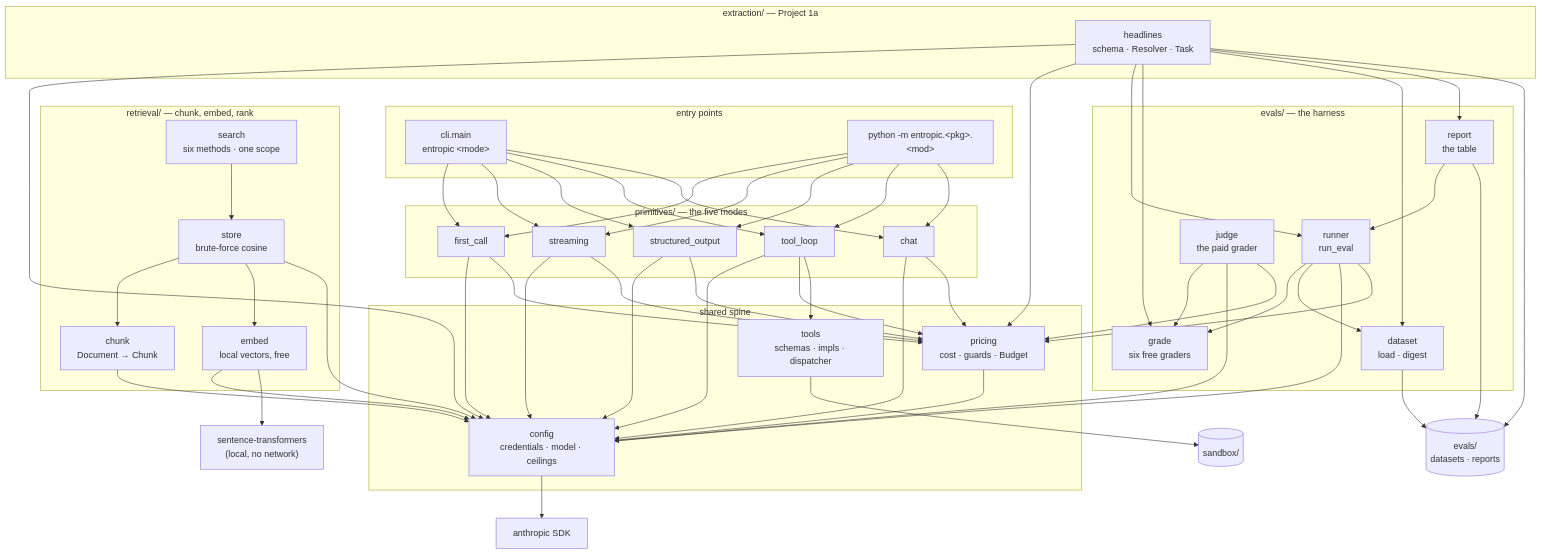
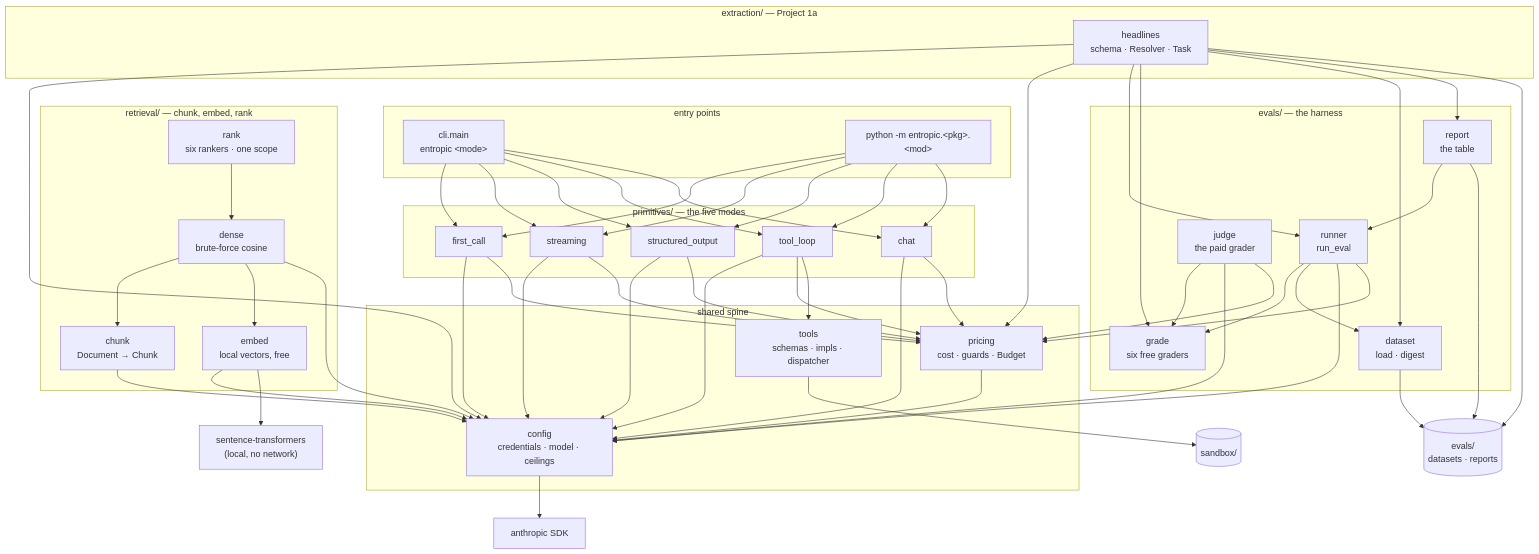
The diagram in docs/knowledge-graph.md (vedantdeo/aigent), drawn with Mermaid before and after one commit. The commit also changed other lines of this file and 21 other files, not shown here.

````diff
--- a/docs/knowledge-graph.md
+++ b/docs/knowledge-graph.md
@@ -52,65 +51,65 @@
 ```mermaid
 graph TD
     subgraph entry["entry points"]
         CLI["cli.main<br/>entropic &lt;mode&gt;"]
         DUNDER["python -m entropic.&lt;pkg&gt;.&lt;mod&gt;"]
     end
 
     subgraph primitives["primitives/ — the five modes"]
         FC["first_call"]
         ST["streaming"]
         SO["structured_output"]
         TL["tool_loop"]
         CH["chat"]
     end
 
     subgraph retrieval["retrieval/ — chunk, embed, rank"]
         CHK["chunk<br/>Document → Chunk"]
         EMB["embed<br/>local vectors, free"]
-        STR["store<br/>brute-force cosine"]
-        SRCH["search<br/>six methods · one scope"]
+        STR["dense<br/>brute-force cosine"]
+        RANK["rank<br/>six rankers · one scope"]
     end
 
     subgraph extraction["extraction/ — Project 1a"]
         HL["headlines<br/>schema · Resolver · Task"]
     end
 
     subgraph evals["evals/ — the harness"]
         RUN["runner<br/>run_eval"]
         GRD["grade<br/>six free graders"]
         JDG["judge<br/>the paid grader"]
         DAT["dataset<br/>load · digest"]
         REP["report<br/>the table"]
     end
 
     subgraph shared["shared spine"]
         CFG["config<br/>credentials · model · ceilings"]
         PRC["pricing<br/>cost · guards · Budget"]
         TOOLS["tools<br/>schemas · impls · dispatcher"]
     end
 
     SDK["anthropic SDK"]
     BOX[("sandbox/")]
     DISK[("evals/<br/>datasets · reports")]
 
     CLI --> FC & ST & SO & TL & CH
     DUNDER --> FC & ST & SO & TL & CH
     FC & ST & SO & CH --> CFG & PRC
     TL --> CFG & PRC
     TL --> TOOLS
     RUN --> GRD & DAT & CFG & PRC
     JDG --> GRD & CFG & PRC
     CHK --> CFG
     EMB --> CFG
     STR --> CHK & EMB & CFG
-    SRCH --> STR
+    RANK --> STR
     EMB --> ST2["sentence-transformers<br/>(local, no network)"]
     REP --> RUN
     HL --> CFG & PRC
     HL --> RUN & GRD & DAT & REP
     HL --> DISK
     DAT & REP --> DISK
     PRC --> CFG
     CFG --> SDK
     TOOLS --> BOX
 ```
````
